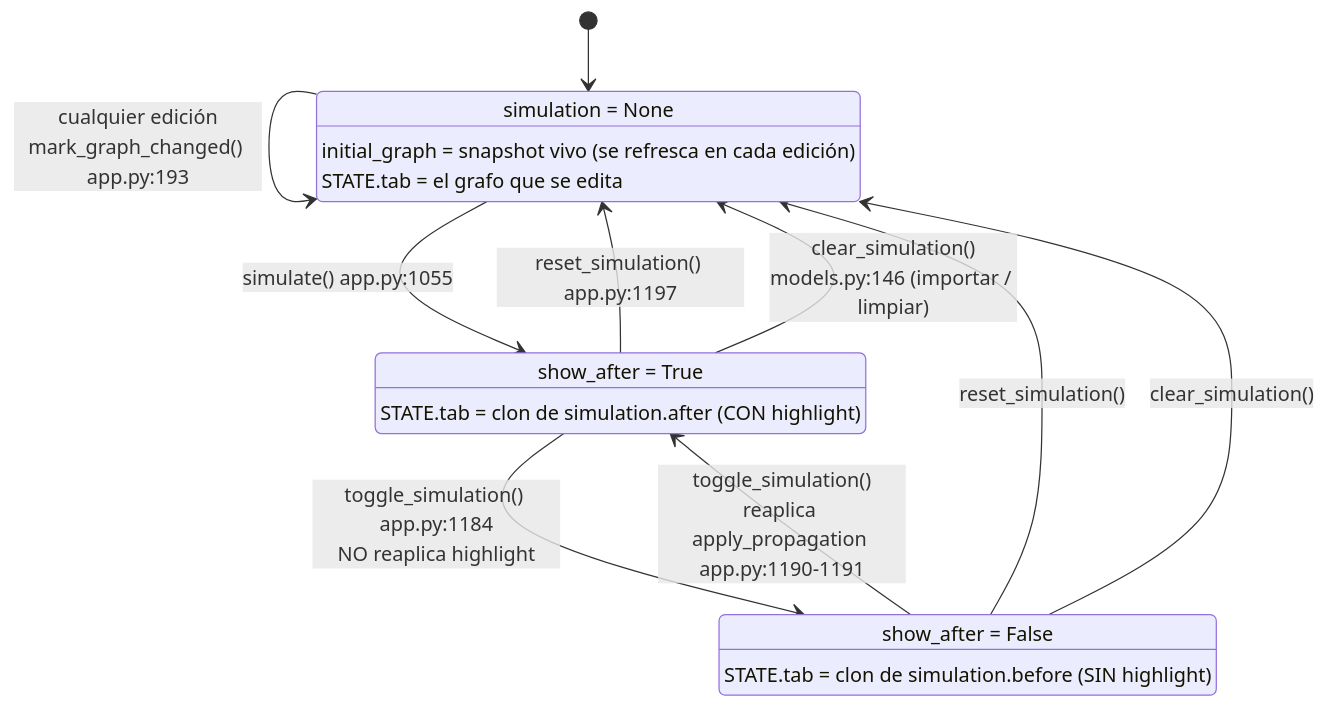
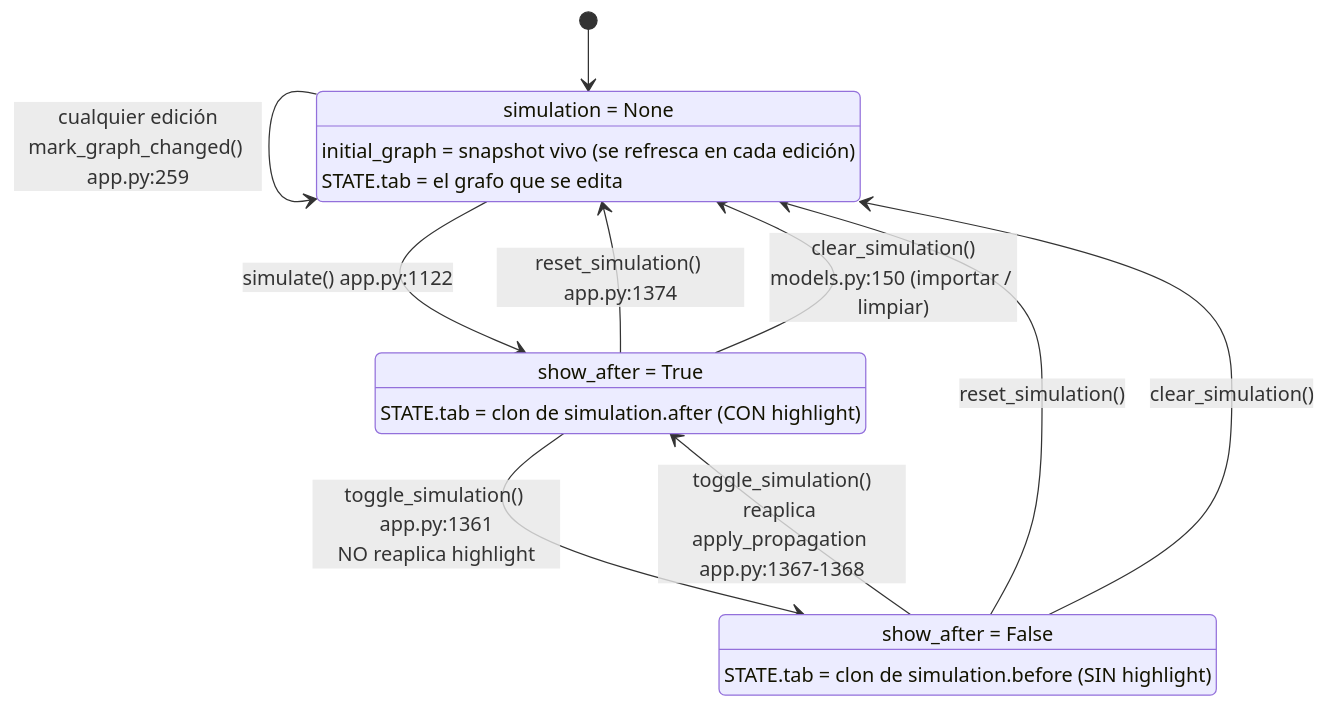
Before and after one commit to Rou-uu/consenso-simulador: the fourth of 4 diagrams in docs/02-modelo-de-datos.md, drawn with Mermaid. The commit also changed other lines of this file and 19 other files, not shown here.

````diff
--- a/docs/02-modelo-de-datos.md
+++ b/docs/02-modelo-de-datos.md
@@ -547,23 +547,23 @@
 ```mermaid
 stateDiagram-v2
     [*] --> SinSimulacion
 
     SinSimulacion : simulation = None
     SinSimulacion : initial_graph = snapshot vivo (se refresca en cada edición)
     SinSimulacion : STATE.tab = el grafo que se edita
 
     Despues : show_after = True
     Despues : STATE.tab = clon de simulation.after (CON highlight)
 
     Antes : show_after = False
     Antes : STATE.tab = clon de simulation.before (SIN highlight)
 
-    SinSimulacion --> SinSimulacion : cualquier edición<br/>mark_graph_changed() app.py:193
-    SinSimulacion --> Despues : simulate() app.py:1055
-    Despues --> Antes : toggle_simulation() app.py:1184<br/>NO reaplica highlight
-    Antes --> Despues : toggle_simulation()<br/>reaplica apply_propagation app.py:1190-1191
-    Despues --> SinSimulacion : reset_simulation() app.py:1197
+    SinSimulacion --> SinSimulacion : cualquier edición<br/>mark_graph_changed() app.py:259
+    SinSimulacion --> Despues : simulate() app.py:1122
+    Despues --> Antes : toggle_simulation() app.py:1361<br/>NO reaplica highlight
+    Antes --> Despues : toggle_simulation()<br/>reaplica apply_propagation app.py:1367-1368
+    Despues --> SinSimulacion : reset_simulation() app.py:1374
     Antes --> SinSimulacion : reset_simulation()
-    Despues --> SinSimulacion : clear_simulation()<br/>models.py:146 (importar / limpiar)
+    Despues --> SinSimulacion : clear_simulation()<br/>models.py:150 (importar / limpiar)
     Antes --> SinSimulacion : clear_simulation()
 ```
````
